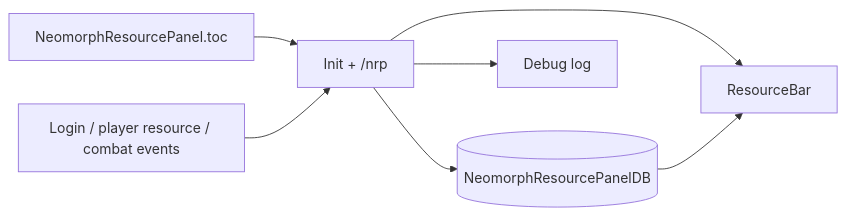
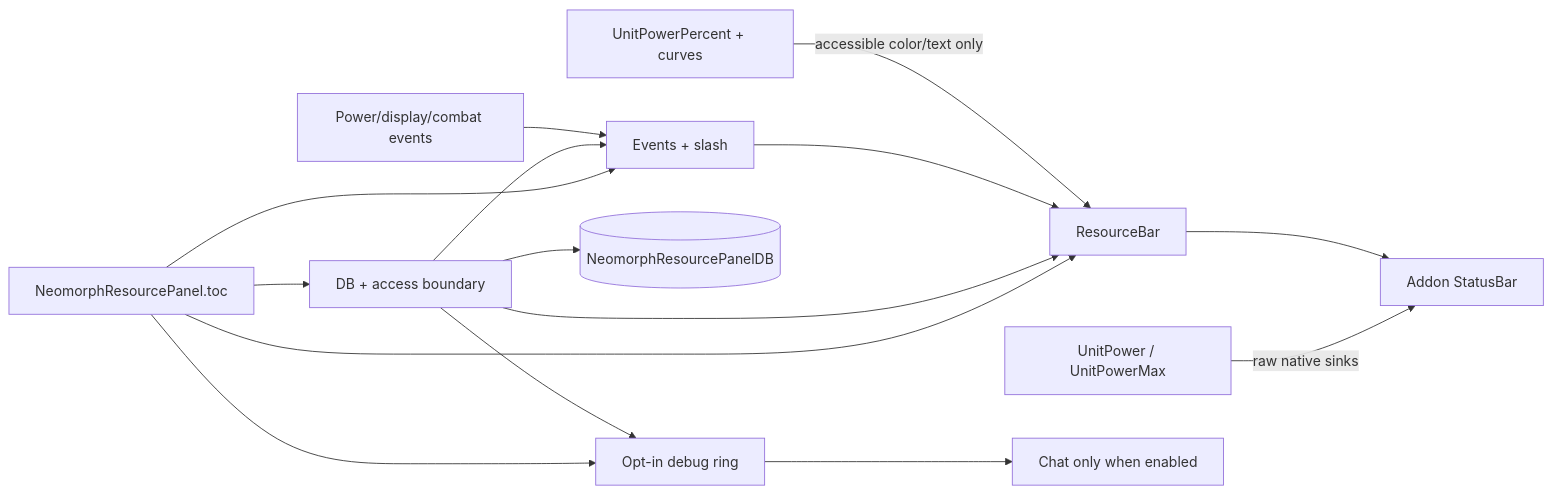
Before and after one commit to UnknownAlienHuman/neomorph-resource-panel: the diagram in CODE_GRAPH.md, drawn with Mermaid. The commit also changed other lines of this file and 12 other files, not shown here.

First line of the commit message:
fix: harden resource power handling for Retail 12.1

````diff
--- a/CODE_GRAPH.md
+++ b/CODE_GRAPH.md
@@ -3,9 +3,19 @@
 ```mermaid
 flowchart LR
-  TOC["NeomorphResourcePanel.toc"] --> Init["Init + /nrp"]
-  Init --> DB[("NeomorphResourcePanelDB")]
-  Init --> Bar["ResourceBar"]
+  TOC["NeomorphResourcePanel.toc"] --> DB["DB + access boundary"]
+  TOC --> Debug["Opt-in debug ring"]
+  TOC --> Bar["ResourceBar"]
+  TOC --> Init["Events + slash"]
+
+  DB --> SV[("NeomorphResourcePanelDB")]
+  DB --> Debug
   DB --> Bar
-  Events["Login / player resource / combat events"] --> Init
-  Init --> Debug["Debug log"]
+  DB --> Init
+
+  Events["Power/display/combat events"] --> Init
+  Init --> Bar
+  Power["UnitPower / UnitPowerMax"] -->|"raw native sinks"| Status["Addon StatusBar"]
+  Percent["UnitPowerPercent + curves"] -->|"accessible color/text only"| Bar
+  Bar --> Status
+  Debug --> Chat["Chat only when enabled"]
 ```
````
